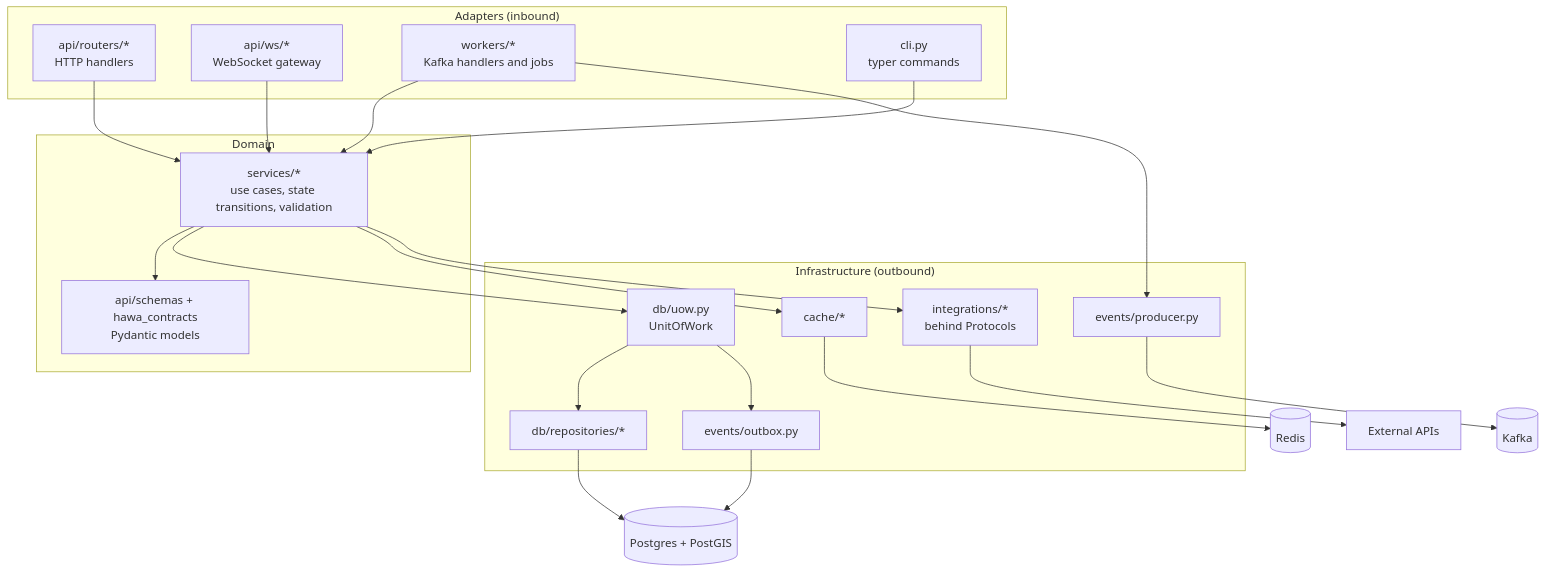
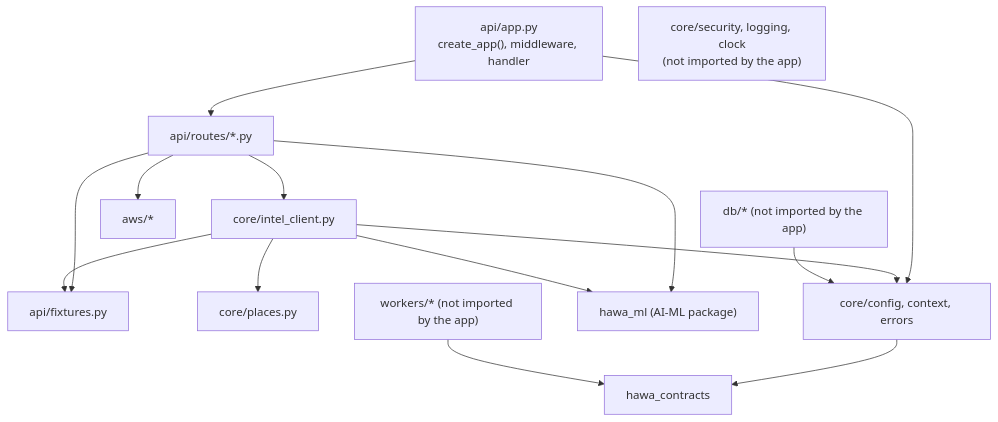
One commit to shankywho/HawaCommand changed the second of 4 diagrams in docs/backend/ARCHITECTURE.md. Above: the diagram before and after it, drawn with Mermaid. The commit also changed other lines of this file and 56 other files, not shown here.

````diff
--- a/docs/backend/ARCHITECTURE.md
+++ b/docs/backend/ARCHITECTURE.md
@@ -131,37 +86,29 @@
 ```mermaid
 flowchart TB
-  subgraph ADAPTERS["Adapters (inbound)"]
-    R["api/routers/*<br/>HTTP handlers"]
-    WS["api/ws/*<br/>WebSocket gateway"]
-    WK["workers/*<br/>Kafka handlers and jobs"]
-    CLI["cli.py<br/>typer commands"]
-  end
-  subgraph DOMAIN["Domain"]
-    SV["services/*<br/>use cases, state transitions, validation"]
-    SC["api/schemas + hawa_contracts<br/>Pydantic models"]
-  end
-  subgraph INFRA["Infrastructure (outbound)"]
-    UOW["db/uow.py<br/>UnitOfWork"]
-    REPO["db/repositories/*"]
-    OUT["events/outbox.py"]
-    PRD["events/producer.py"]
-    CA["cache/*"]
-    INT["integrations/*<br/>behind Protocols"]
-  end
-  DB[("Postgres + PostGIS")]
-  RDS[("Redis")]
-  KF[("Kafka")]
-  X["External APIs"]
+  APPM["api/app.py<br/>create_app(), middleware, handler"]
+  ROUTES["api/routes/*.py"]
+  INTEL["core/intel_client.py"]
+  FIX["api/fixtures.py"]
+  PLACES["core/places.py"]
+  CORE["core/config, context, errors"]
+  AWSP["aws/*"]
+  HML["hawa_ml (AI-ML package)"]
+  CON["hawa_contracts"]
+  DB["db/* (not imported by the app)"]
+  WK["workers/* (not imported by the app)"]
+  SEC["core/security, logging, clock<br/>(not imported by the app)"]
 
-  R --> SV
-  WS --> SV
-  WK --> SV
-  CLI --> SV
-  SV --> SC
-  SV --> UOW
-  UOW --> REPO --> DB
-  UOW --> OUT --> DB
-  SV --> CA --> RDS
-  SV --> INT --> X
-  WK --> PRD --> KF
+  APPM --> ROUTES
+  APPM --> CORE
+  ROUTES --> INTEL
+  ROUTES --> FIX
+  ROUTES --> AWSP
+  ROUTES --> HML
+  INTEL --> FIX
+  INTEL --> PLACES
+  INTEL --> CORE
+  INTEL --> HML
+  CORE --> CON
+  WK --> CON
+  DB --> CORE
 ```
````
